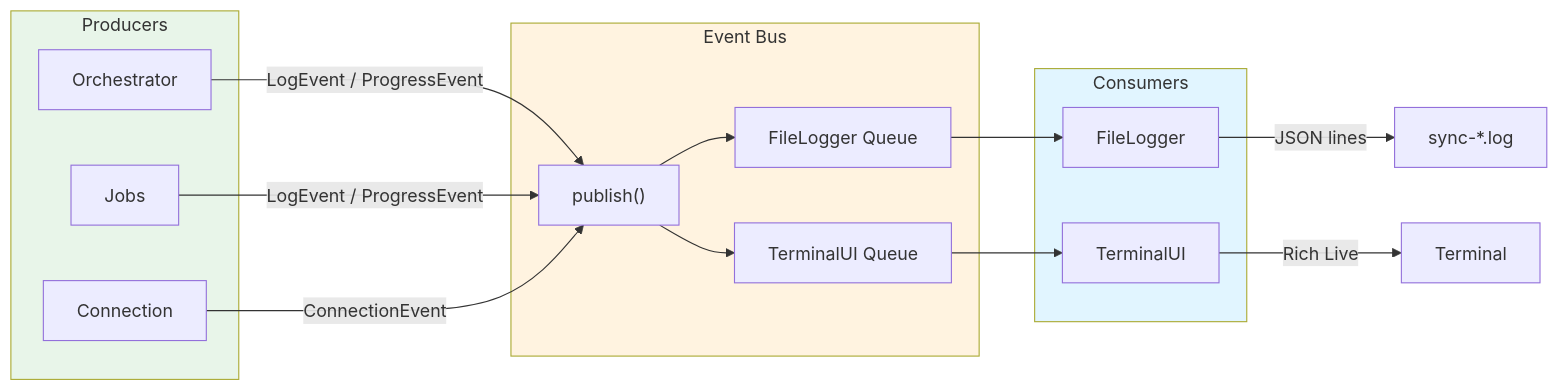
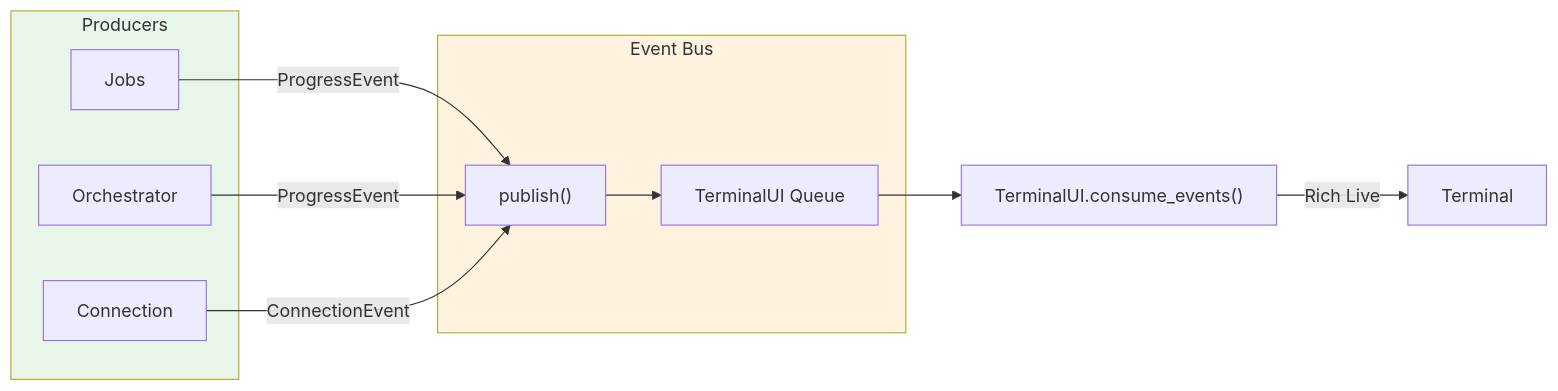
The second of 6 diagrams in docs/system/architecture.md (flaksit/pc-switcher), drawn with Mermaid before and after one commit. The commit also changed other lines of this file and 2 other files, not shown here.

````diff
--- a/docs/system/architecture.md
+++ b/docs/system/architecture.md
@@ -109,36 +111,24 @@
 ```mermaid
 graph LR
     subgraph Producers
         Orch["Orchestrator"]
         Jobs["Jobs"]
         Conn["Connection"]
     end
 
     subgraph EventBus ["Event Bus"]
         Publish["publish()"]
-        FLQ["FileLogger Queue"]
         UIQ["TerminalUI Queue"]
     end
 
-    subgraph Consumers
-        FL["FileLogger"]
-        UI["TerminalUI"]
-    end
-
-    Orch -->|LogEvent / ProgressEvent| Publish
-    Jobs -->|LogEvent / ProgressEvent| Publish
+    Jobs -->|ProgressEvent| Publish
+    Orch -->|ProgressEvent| Publish
     Conn -->|ConnectionEvent| Publish
 
-    Publish --> FLQ
     Publish --> UIQ
-
-    FLQ --> FL
-    UIQ --> UI
-
-    FL -->|JSON lines| LogFile["sync-*.log"]
+    UIQ --> UI["TerminalUI.consume_events()"]
     UI -->|Rich Live| Terminal["Terminal"]
 
     style EventBus fill:#fff3e0
     style Producers fill:#e8f5e9
-    style Consumers fill:#e1f5ff
 ```
````
